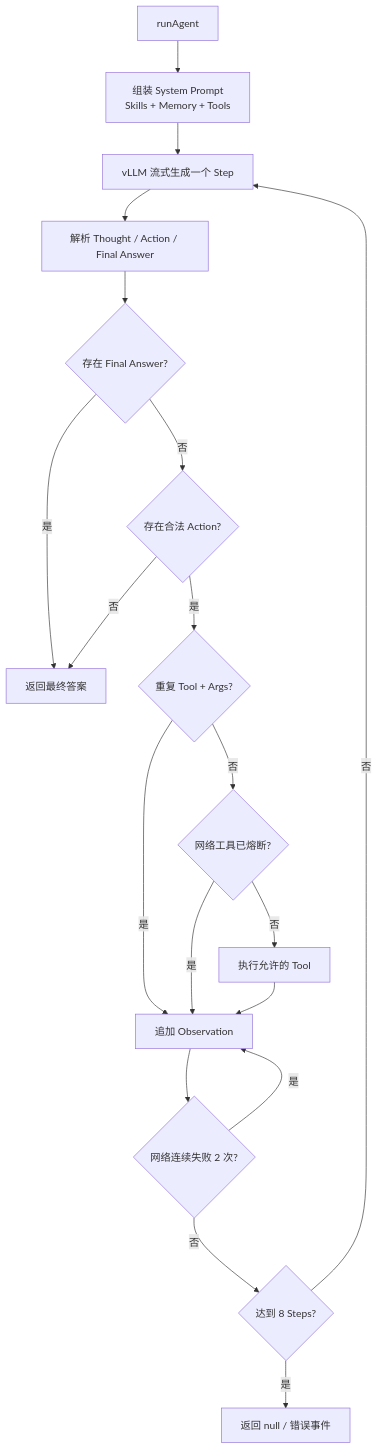
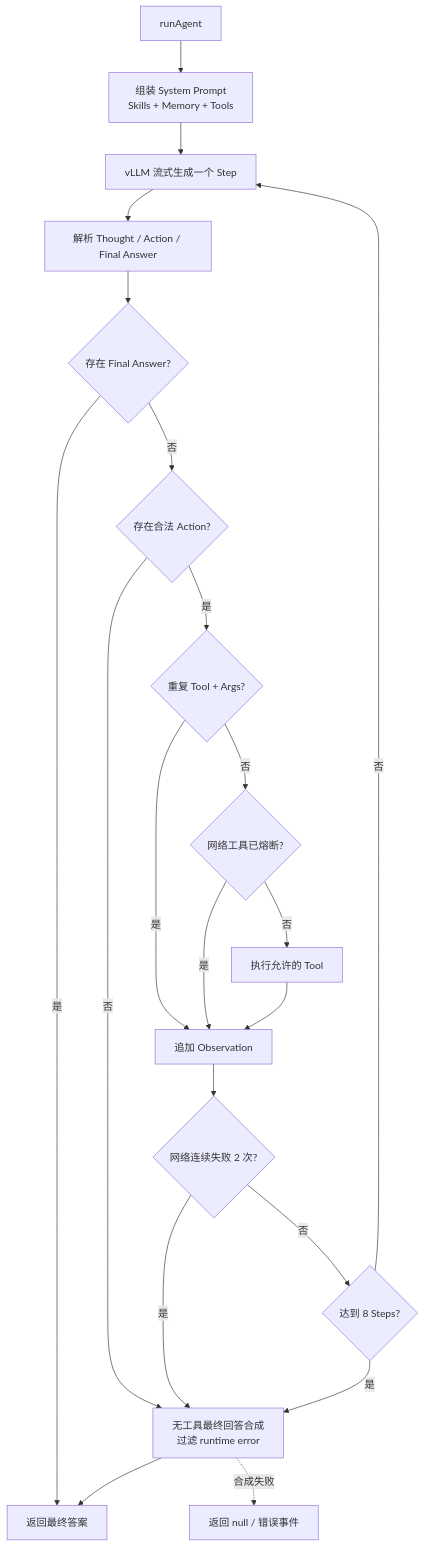
One commit to lijiajia96/llm-local changed the seventh of 16 diagrams in ARCHITECTURE.md. Above: the diagram before and after it, drawn with Mermaid. The commit also changed other lines of this file and 27 other files, not shown here.

````diff
--- a/ARCHITECTURE.md
+++ b/ARCHITECTURE.md
@@ -256,32 +315,35 @@
 ```mermaid
 flowchart TD
     Start[runAgent]
     Prompt[组装 System Prompt<br/>Skills + Memory + Tools]
     Step[vLLM 流式生成一个 Step]
     Parse[解析 Thought / Action / Final Answer]
     Final{存在 Final Answer?}
     Action{存在合法 Action?}
     Duplicate{重复 Tool + Args?}
     Circuit{网络工具已熔断?}
     Execute[执行允许的 Tool]
     Observe[追加 Observation]
     Failure{网络连续失败 2 次?}
     Limit{达到 8 Steps?}
+    Synthesize[无工具最终回答合成<br/>过滤 runtime error]
     Done[返回最终答案]
     Stop[返回 null / 错误事件]
 
     Start --> Prompt --> Step --> Parse --> Final
     Final -- 是 --> Done
     Final -- 否 --> Action
-    Action -- 否 --> Done
+    Action -- 否 --> Synthesize
     Action -- 是 --> Duplicate
     Duplicate -- 是 --> Observe
     Duplicate -- 否 --> Circuit
     Circuit -- 是 --> Observe
     Circuit -- 否 --> Execute --> Observe
     Observe --> Failure
-    Failure -- 是 --> Observe
+    Failure -- 是 --> Synthesize
     Failure -- 否 --> Limit
     Limit -- 否 --> Step
-    Limit -- 是 --> Stop
+    Limit -- 是 --> Synthesize
+    Synthesize --> Done
+    Synthesize -. 合成失败 .-> Stop
 ```
````
